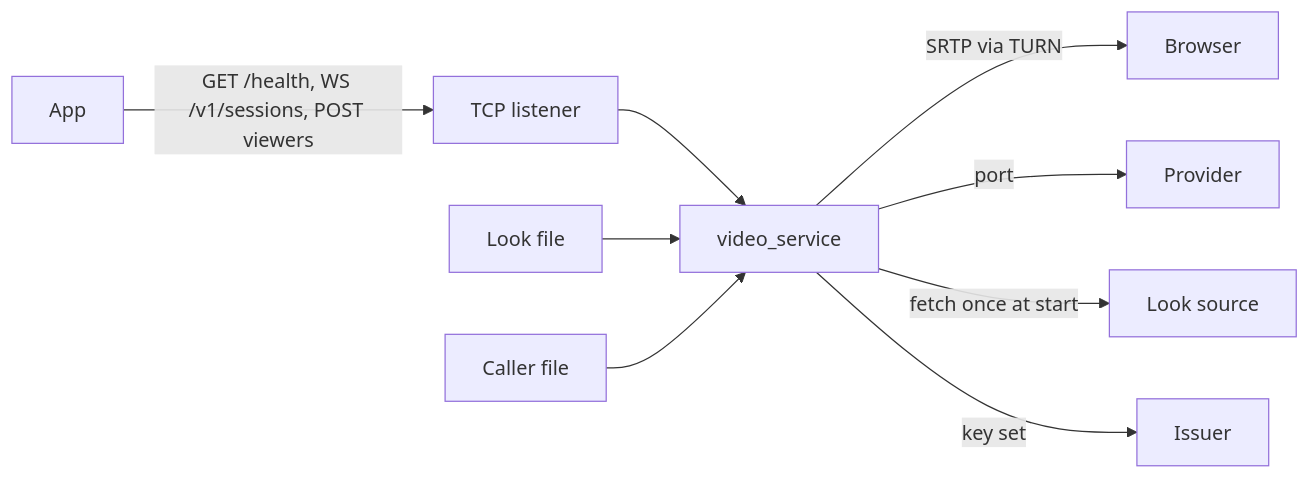
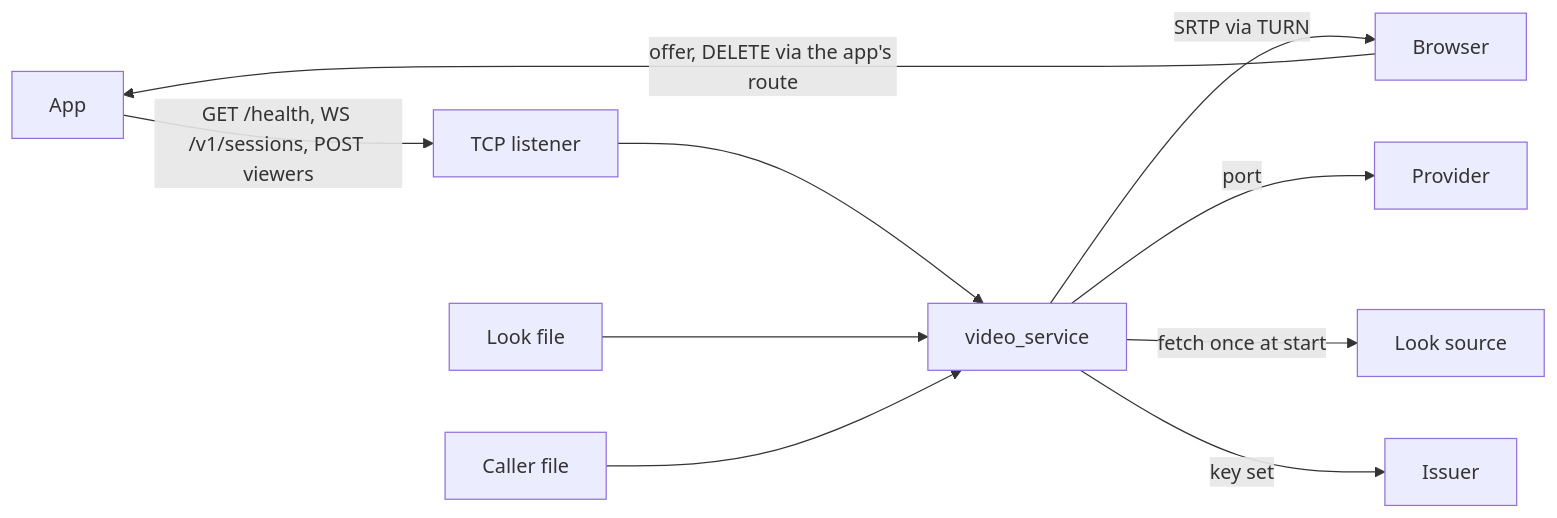
The diagram in docs/ARCHITECTURE.md (overnightworks/video), drawn with Mermaid before and after one commit. The commit also changed other lines of this file and 35 other files, not shown here.

````diff
--- a/docs/ARCHITECTURE.md
+++ b/docs/ARCHITECTURE.md
@@ -19,11 +19,12 @@
 ```mermaid
 flowchart LR
     app[App] -->|GET /health, WS /v1/sessions, POST viewers| listener[TCP listener]
+    viewer[Browser] -->|offer, DELETE via the app's route| app
     listener --> service[video_service]
-    service -->|SRTP via TURN| viewer[Browser]
+    service -->|SRTP via TURN| viewer
     service -->|port| provider[Provider]
     service -->|fetch once at start| source[Look source]
     service -->|key set| issuer[Issuer]
     file[Look file] --> service
     callers[Caller file] --> service
 ```
````
